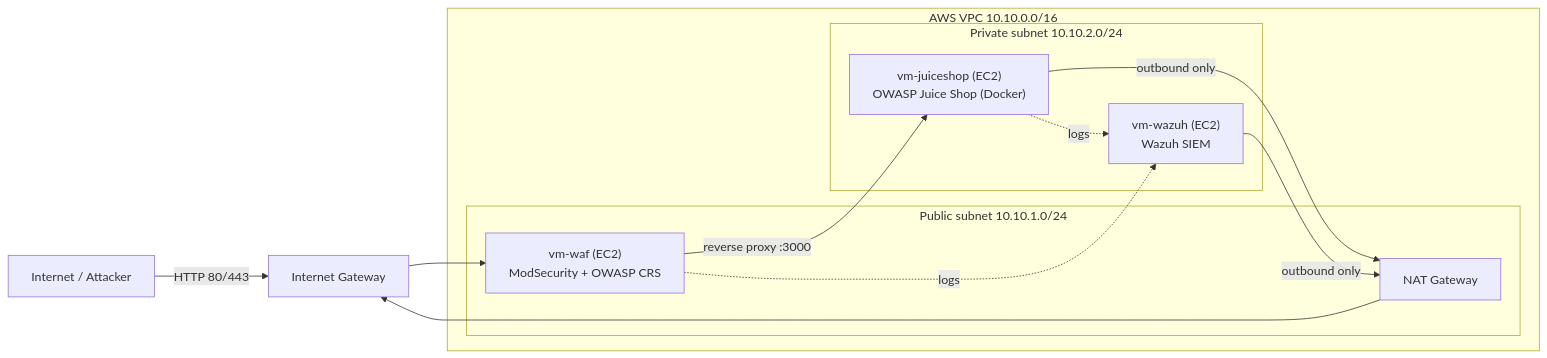
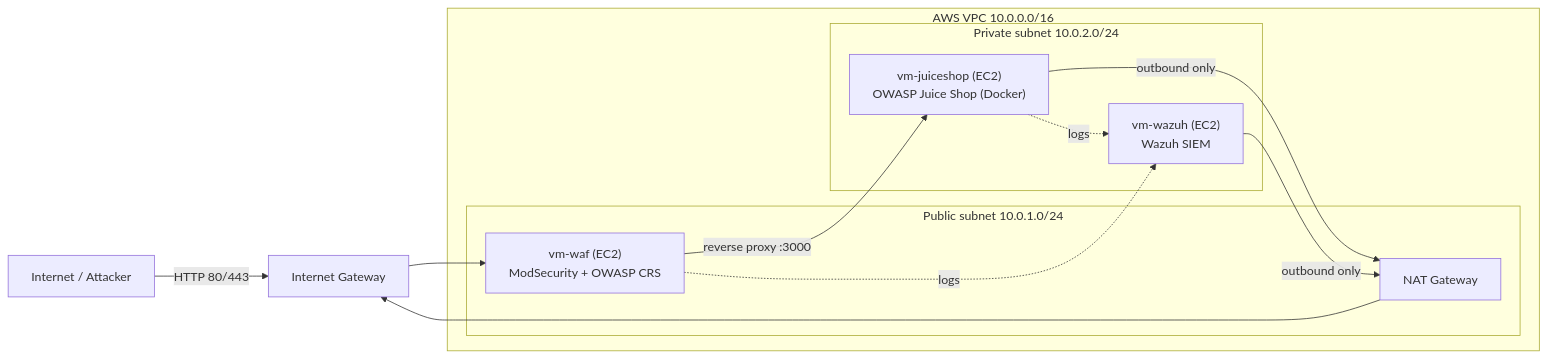
One commit to wanjirungumo/ByteLab changed the diagram in README.md. Above: the diagram before and after it, drawn with Mermaid. The commit also changed other lines of this file, not shown here.

````diff
--- a/README.md
+++ b/README.md
@@ -13,23 +13,23 @@
 ```mermaid
 flowchart LR
     U[Internet / Attacker] -->|HTTP 80/443| IGW[Internet Gateway]
 
-    subgraph AWS["AWS VPC 10.10.0.0/16"]
-        subgraph PUB["Public subnet 10.10.1.0/24"]
+    subgraph AWS["AWS VPC 10.0.0.0/16"]
+        subgraph PUB["Public subnet 10.0.1.0/24"]
             WAF["vm-waf (EC2)<br/>ModSecurity + OWASP CRS"]
             NAT[NAT Gateway]
         end
-        subgraph PRIV["Private subnet 10.10.2.0/24"]
+        subgraph PRIV["Private subnet 10.0.2.0/24"]
             JS["vm-juiceshop (EC2)<br/>OWASP Juice Shop (Docker)"]
             WZ["vm-wazuh (EC2)<br/>Wazuh SIEM"]
         end
     end
 
     IGW --> WAF
     WAF -->|reverse proxy :3000| JS
     WAF -.->|logs| WZ
     JS -.->|logs| WZ
     JS -->|outbound only| NAT
     WZ -->|outbound only| NAT
     NAT --> IGW
 ```
````
